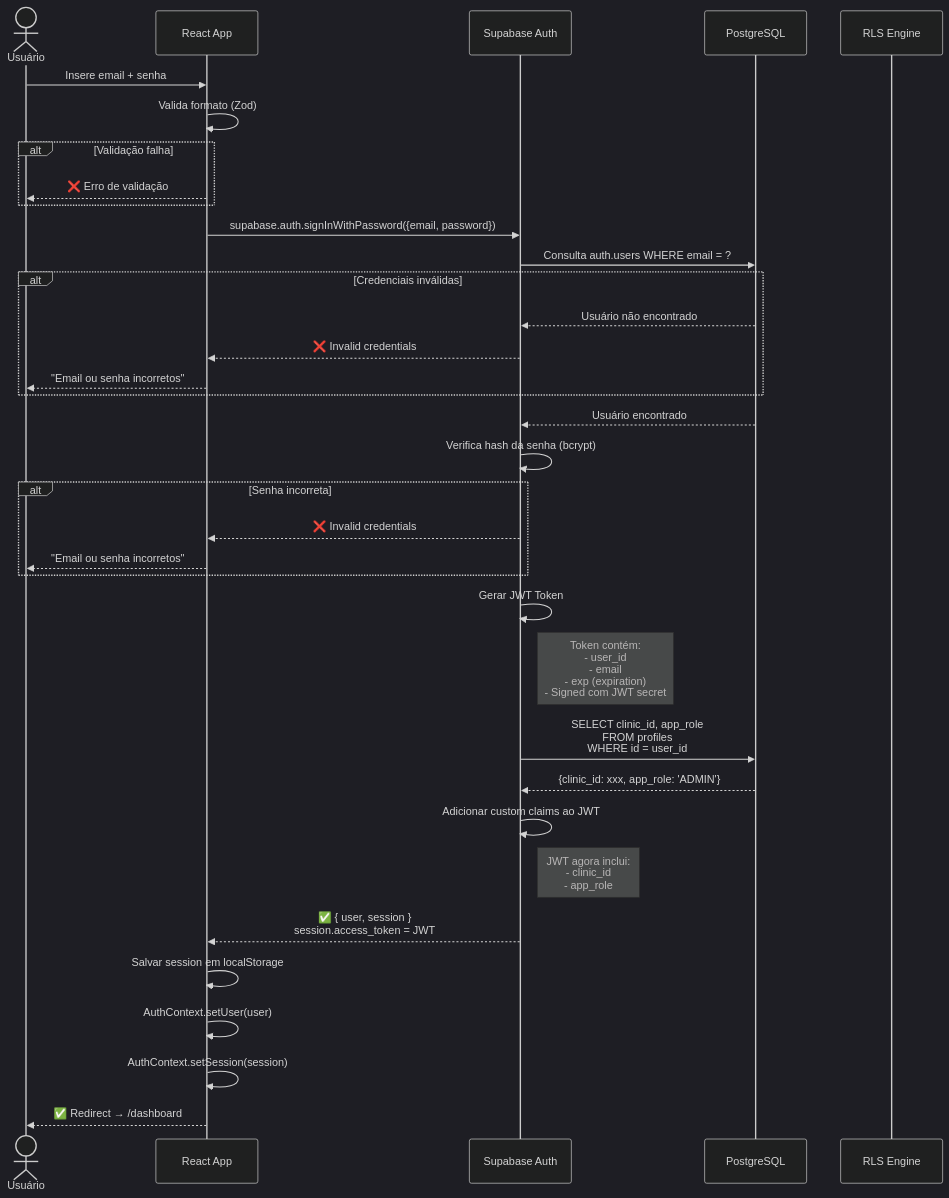
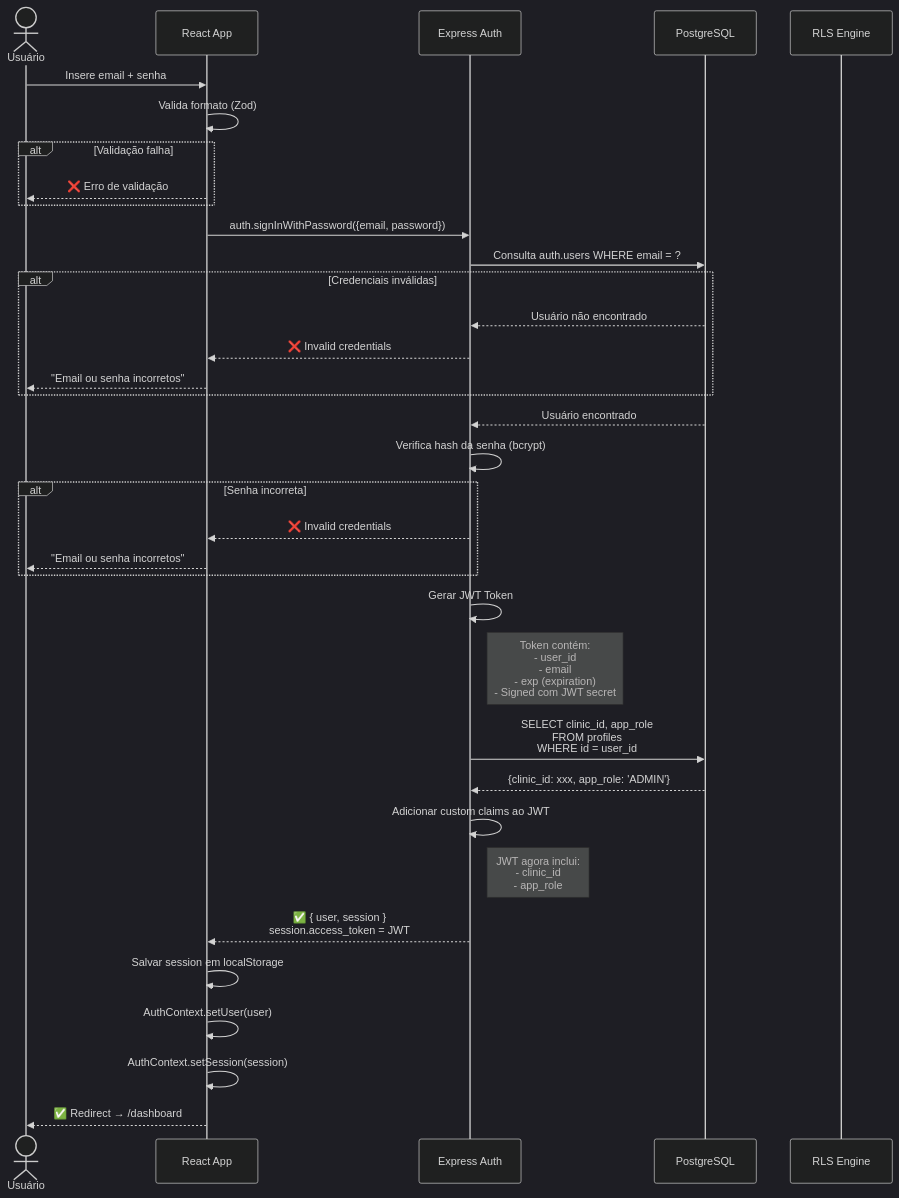
One commit to B0yZ4kr14/ortho-plus-modules-07b53a29 changed the first of 6 diagrams in docs/DIAGRAMAS/06-FLUXO-AUTENTICACAO.md. Above: the diagram before and after it, drawn with Mermaid (dark theme). The commit also changed other lines of this file and 112 other files, not shown here.

First line of the commit message:
docs: add migration guides, architecture docs, and validation reports

````diff
--- a/docs/DIAGRAMAS/06-FLUXO-AUTENTICACAO.md
+++ b/docs/DIAGRAMAS/06-FLUXO-AUTENTICACAO.md
@@ -16,51 +16,51 @@
 ```mermaid
 sequenceDiagram
     actor User as Usuário
     participant UI as React App
-    participant Auth as Supabase Auth
+    participant Auth as Express Auth
     participant DB as PostgreSQL
     participant RLS as RLS Engine
 
     User->>UI: Insere email + senha
     UI->>UI: Valida formato (Zod)
     
     alt Validação falha
         UI-->>User: ❌ Erro de validação
     end
     
-    UI->>Auth: supabase.auth.signInWithPassword({email, password})
+    UI->>Auth: auth.signInWithPassword({email, password})
     
     Auth->>DB: Consulta auth.users WHERE email = ?
     
     alt Credenciais inválidas
         DB-->>Auth: Usuário não encontrado
         Auth-->>UI: ❌ Invalid credentials
         UI-->>User: "Email ou senha incorretos"
     end
     
     DB-->>Auth: Usuário encontrado
     Auth->>Auth: Verifica hash da senha (bcrypt)
     
     alt Senha incorreta
         Auth-->>UI: ❌ Invalid credentials
         UI-->>User: "Email ou senha incorretos"
     end
     
     Auth->>Auth: Gerar JWT Token
     Note right of Auth: Token contém:<br/>- user_id<br/>- email<br/>- exp (expiration)<br/>- Signed com JWT secret
     
     Auth->>DB: SELECT clinic_id, app_role<br/>FROM profiles<br/>WHERE id = user_id
     
     DB-->>Auth: {clinic_id: xxx, app_role: 'ADMIN'}
     
     Auth->>Auth: Adicionar custom claims ao JWT
     Note right of Auth: JWT agora inclui:<br/>- clinic_id<br/>- app_role
     
     Auth-->>UI: ✅ { user, session }<br/>session.access_token = JWT
     
     UI->>UI: Salvar session em localStorage
     UI->>UI: AuthContext.setUser(user)
     UI->>UI: AuthContext.setSession(session)
     
     UI-->>User: ✅ Redirect → /dashboard
 ```
````
